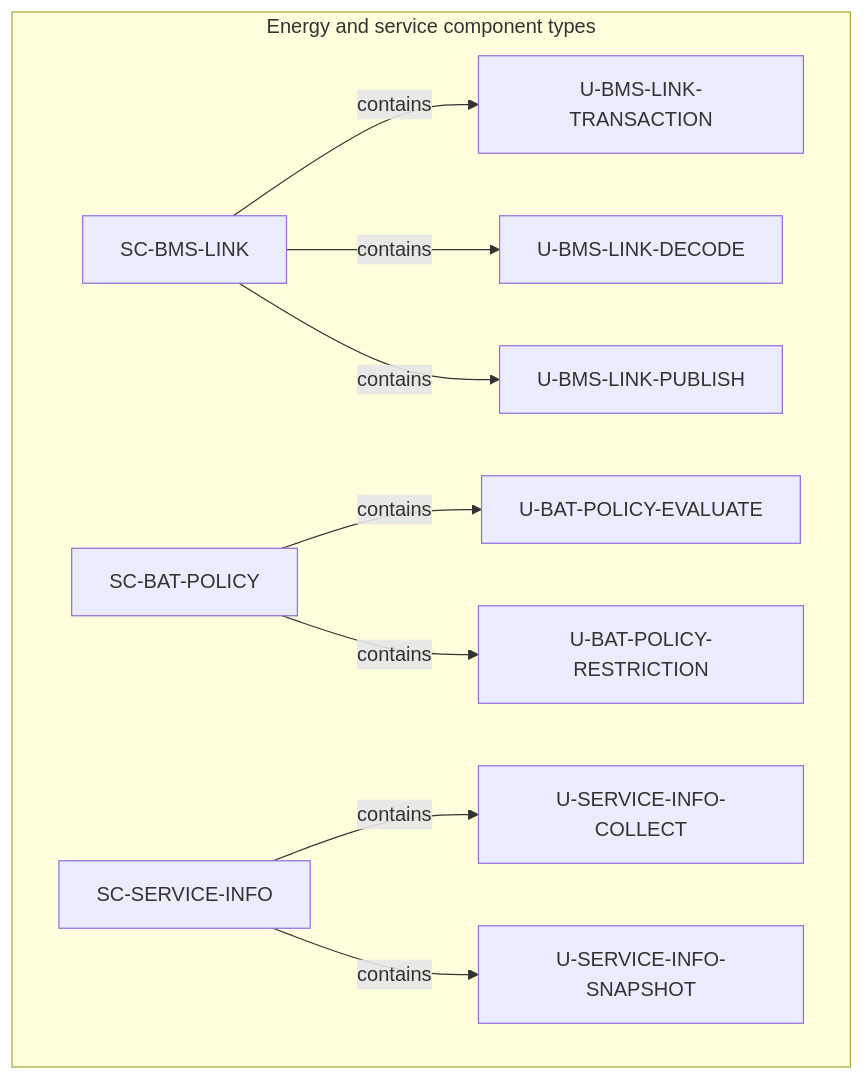
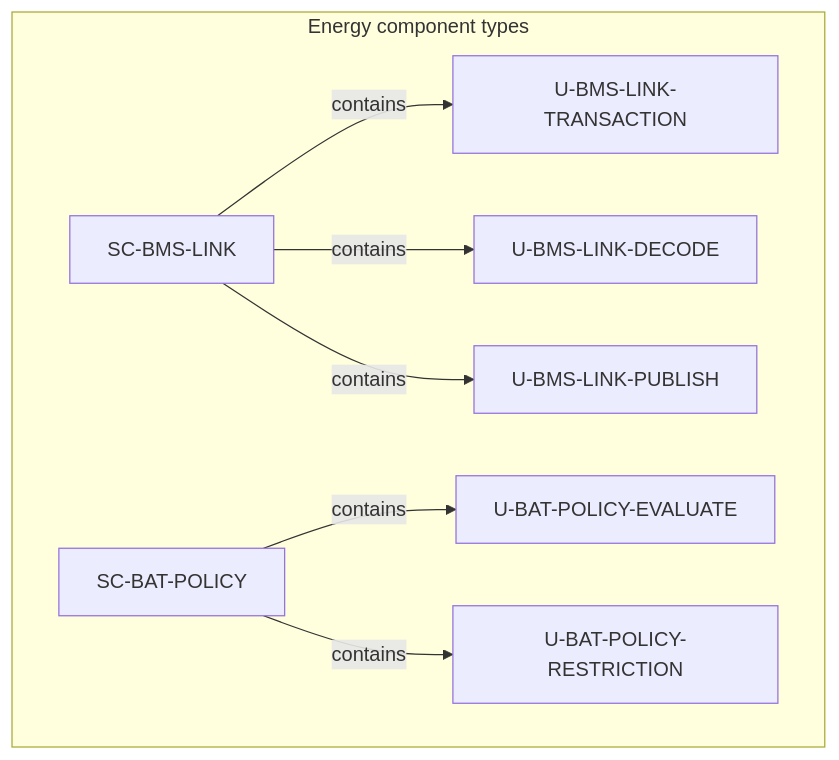
One commit to dhellhake/X2CityMCU changed the sixth of 9 diagrams in .devenv/Architecture/SoftwareArchitecture/DetailedDesign/DD-003_Static_Software_Architecture_Views.md. Above: the diagram before and after it, drawn with Mermaid. The commit also changed other lines of this file and 69 other files, not shown here.

````diff
--- a/.devenv/Architecture/SoftwareArchitecture/DetailedDesign/DD-003_Static_Software_Architecture_Views.md
+++ b/.devenv/Architecture/SoftwareArchitecture/DetailedDesign/DD-003_Static_Software_Architecture_Views.md
@@ -219,12 +219,10 @@
 ```mermaid
 flowchart TB
-    subgraph E[Energy and service component types]
+    subgraph E[Energy component types]
         BMS[SC-BMS-LINK] -->|contains| UBT[U-BMS-LINK-TRANSACTION]
         BMS -->|contains| UBD[U-BMS-LINK-DECODE]
         BMS -->|contains| UBP[U-BMS-LINK-PUBLISH]
         BAT[SC-BAT-POLICY] -->|contains| UBPE[U-BAT-POLICY-EVALUATE]
         BAT -->|contains| UBPR[U-BAT-POLICY-RESTRICTION]
-        SERVICE[SC-SERVICE-INFO] -->|contains| USIC[U-SERVICE-INFO-COLLECT]
-        SERVICE -->|contains| USIS[U-SERVICE-INFO-SNAPSHOT]
     end
 ```
````
